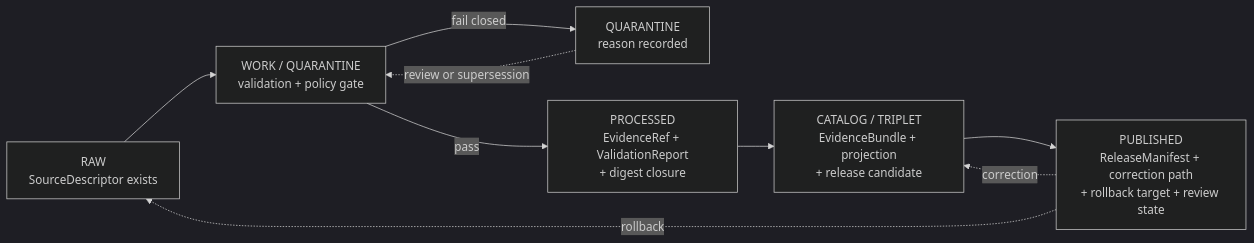
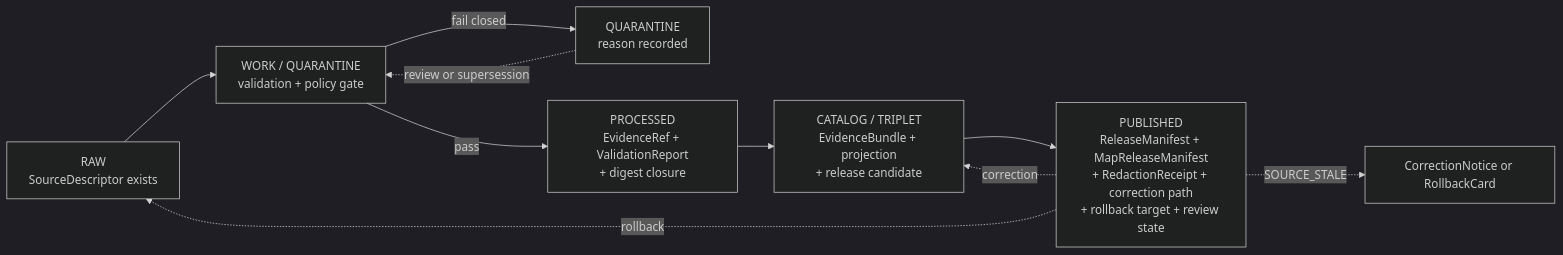
Before and after one commit to bartytime4life/Kansas-Frontier-Matrix: the second of 2 diagrams in docs/domains/archaeology/CONTINUITY_INVENTORY.md, drawn with Mermaid (dark theme). The commit also changed other lines of this file, not shown here.

````diff
--- a/docs/domains/archaeology/CONTINUITY_INVENTORY.md
+++ b/docs/domains/archaeology/CONTINUITY_INVENTORY.md
@@ -235,11 +266,12 @@
 ```mermaid
 flowchart LR
     R[RAW<br/>SourceDescriptor exists] --> W[WORK / QUARANTINE<br/>validation + policy gate]
     W -->|fail closed| Q[QUARANTINE<br/>reason recorded]
     W -->|pass| P[PROCESSED<br/>EvidenceRef + ValidationReport<br/>+ digest closure]
     P --> C[CATALOG / TRIPLET<br/>EvidenceBundle + projection<br/>+ release candidate]
-    C --> PUB[PUBLISHED<br/>ReleaseManifest + correction path<br/>+ rollback target + review state]
+    C --> PUB[PUBLISHED<br/>ReleaseManifest + MapReleaseManifest<br/>+ RedactionReceipt + correction path<br/>+ rollback target + review state]
     Q -.->|review or supersession| W
     PUB -. correction .-> C
     PUB -. rollback .-> R
+    PUB -. SOURCE_STALE .-> CN[CorrectionNotice or RollbackCard]
 ```
````
